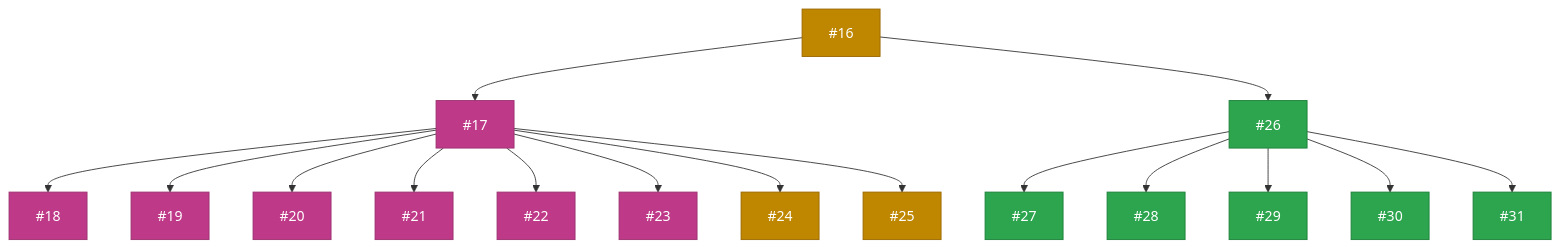
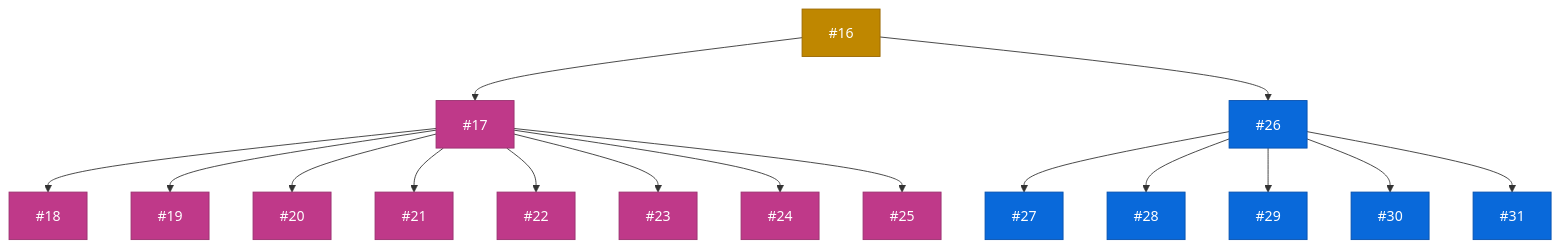
Before and after one commit to zappfish/zapp-requirements-tracker: the third of 9 diagrams in README.md, drawn with Mermaid. The commit also changed other lines of this file, not shown here.

Commit message:
Update WBS diagram colors to match project board statuses (#122)

````diff
--- a/README.md
+++ b/README.md
@@ -133,49 +133,49 @@
 ```mermaid
 graph TD
     R1["#16"]:::inprogress
 
     R1A["#17"]:::stable
-    R1B["#26"]:::backlog
+    R1B["#26"]:::upnext
     R1 --> R1A & R1B
 
     R1A1["#18"]:::stable
     R1A2["#19"]:::stable
     R1A3["#20"]:::stable
     R1A4["#21"]:::stable
     R1A5["#22"]:::stable
     R1A6["#23"]:::stable
-    R1A7["#24"]:::inprogress
-    R1A8["#25"]:::inprogress
+    R1A7["#24"]:::stable
+    R1A8["#25"]:::stable
     R1A --> R1A1 & R1A2 & R1A3 & R1A4 & R1A5 & R1A6 & R1A7 & R1A8
 
-    R1B1["#27"]:::backlog
-    R1B2["#28"]:::backlog
-    R1B3["#29"]:::backlog
-    R1B4["#30"]:::backlog
-    R1B5["#31"]:::backlog
+    R1B1["#27"]:::upnext
+    R1B2["#28"]:::upnext
+    R1B3["#29"]:::upnext
+    R1B4["#30"]:::upnext
+    R1B5["#31"]:::upnext
     R1B --> R1B1 & R1B2 & R1B3 & R1B4 & R1B5
 
     click R1 href "https://github.com/zappfish/zapp-requirements-tracker/issues/16" _blank
     click R1A href "https://github.com/zappfish/zapp-requirements-tracker/issues/17" _blank
     click R1B href "https://github.com/zappfish/zapp-requirements-tracker/issues/26" _blank
     click R1A1 href "https://github.com/zappfish/zapp-requirements-tracker/issues/18" _blank
     click R1A2 href "https://github.com/zappfish/zapp-requirements-tracker/issues/19" _blank
     click R1A3 href "https://github.com/zappfish/zapp-requirements-tracker/issues/20" _blank
     click R1A4 href "https://github.com/zappfish/zapp-requirements-tracker/issues/21" _blank
     click R1A5 href "https://github.com/zappfish/zapp-requirements-tracker/issues/22" _blank
     click R1A6 href "https://github.com/zappfish/zapp-requirements-tracker/issues/23" _blank
     click R1A7 href "https://github.com/zappfish/zapp-requirements-tracker/issues/24" _blank
     click R1A8 href "https://github.com/zappfish/zapp-requirements-tracker/issues/25" _blank
     click R1B1 href "https://github.com/zappfish/zapp-requirements-tracker/issues/27" _blank
     click R1B2 href "https://github.com/zappfish/zapp-requirements-tracker/issues/28" _blank
     click R1B3 href "https://github.com/zappfish/zapp-requirements-tracker/issues/29" _blank
     click R1B4 href "https://github.com/zappfish/zapp-requirements-tracker/issues/30" _blank
     click R1B5 href "https://github.com/zappfish/zapp-requirements-tracker/issues/31" _blank
 
     classDef backlog fill:#2da44e,stroke:#1a7f37,color:#fff
     classDef upnext fill:#0969da,stroke:#0550ae,color:#fff
     classDef inprogress fill:#bf8700,stroke:#9a6700,color:#fff
     classDef inreview fill:#8250df,stroke:#6639ba,color:#fff
     classDef stable fill:#bf3989,stroke:#99306f,color:#fff
     classDef done fill:#bc4c00,stroke:#953800,color:#fff
 ```
````
